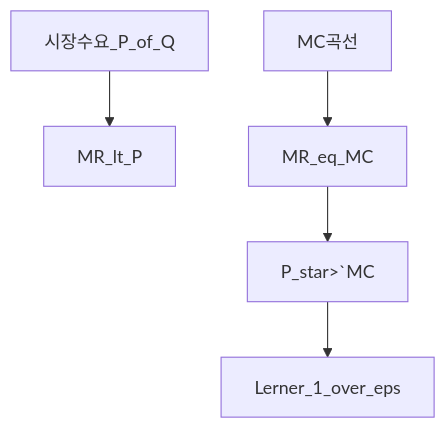
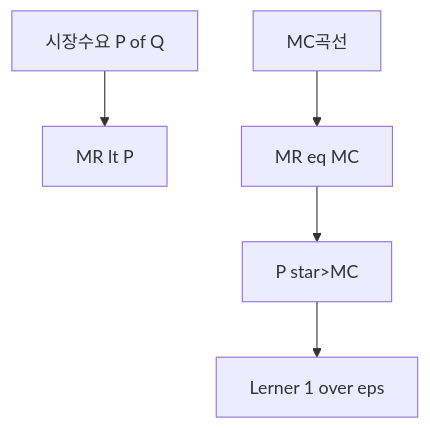
One commit to goldanghenry/Finances changed the second of 5 diagrams in 02-economics/micro-03-market-structures-io.md. Above: the diagram before and after it, drawn with Mermaid. The commit also changed other lines of this file and 211 other files, not shown here.

````diff
--- a/02-economics/micro-03-market-structures-io.md
+++ b/02-economics/micro-03-market-structures-io.md
@@ -119,7 +135,7 @@
 ```mermaid
 flowchart TD
-  D[시장수요_P_of_Q] --> MR[MR_lt_P]
-  MC[MC곡선] --> OPT[MR_eq_MC]
-  OPT --> Pstar[P_star>`MC]
-  Pstar --> LER[Lerner_1_over_eps]
+  D["시장수요 P of Q"] --> MR["MR lt P"]
+  MC[MC곡선] --> OPT["MR eq MC"]
+  OPT --> Pstar["P star>MC"]
+  Pstar --> LER["Lerner 1 over eps"]
 ```
````
